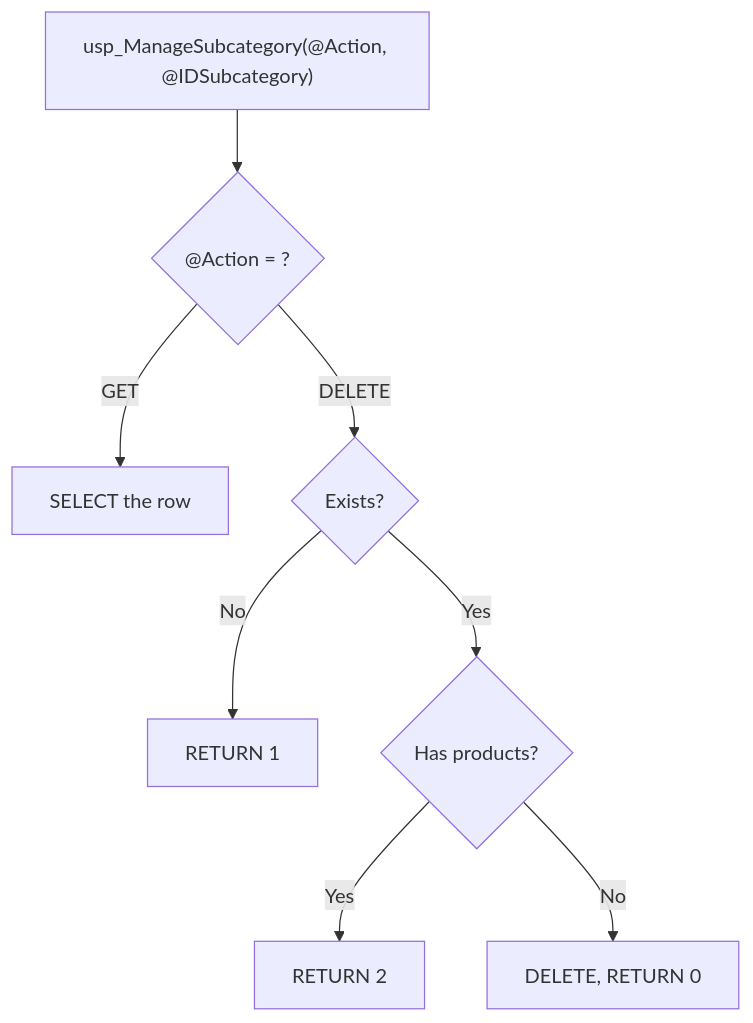
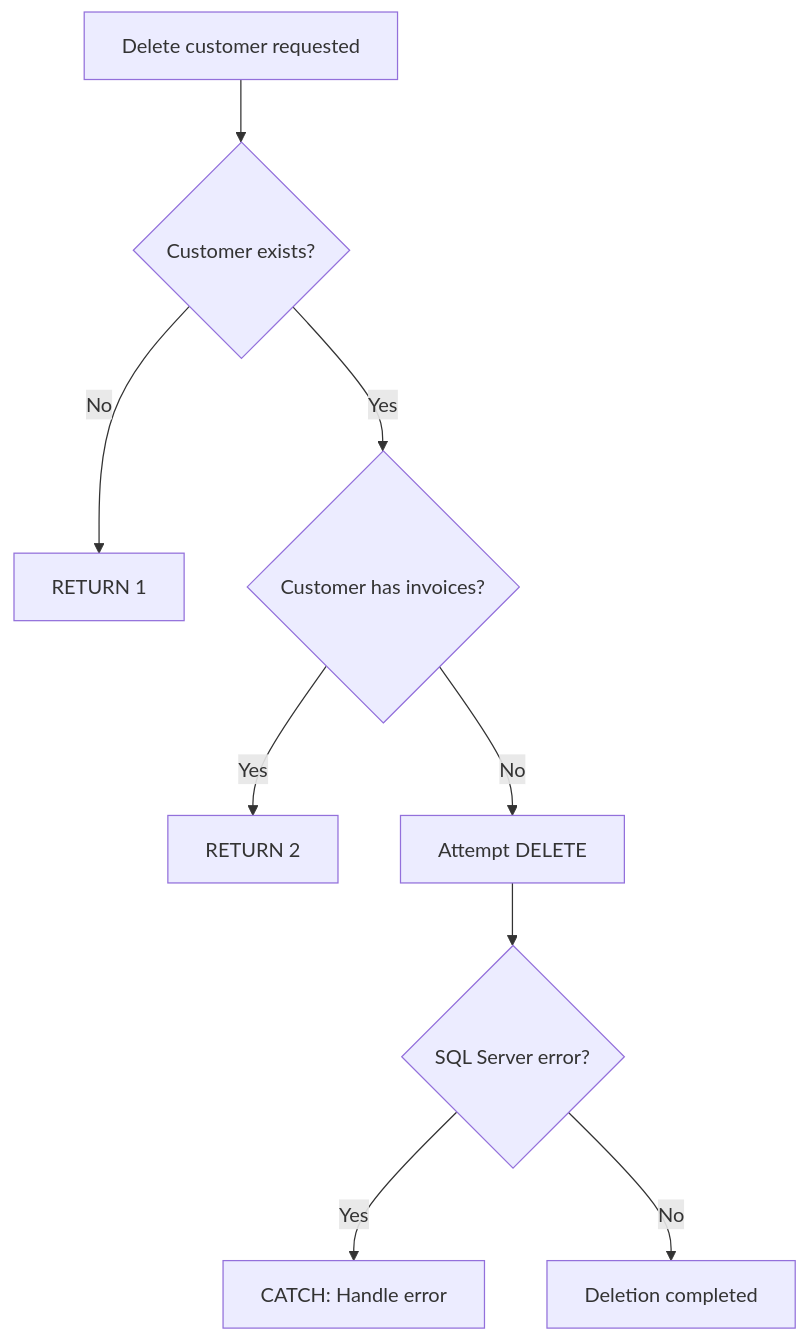
The fourth of 5 diagrams in labs/lab07-crud-operations.md (tjovic/database-design-labs-public), drawn with Mermaid before and after one commit. The commit also changed other lines of this file, not shown here.

````diff
--- a/labs/lab07-crud-operations.md
+++ b/labs/lab07-crud-operations.md
@@ -833,10 +1906,11 @@
 ```mermaid
 flowchart TD
-    A["usp_ManageSubcategory(@Action, @IDSubcategory)"] --> B{"@Action = ?"}
-    B -- GET --> C[SELECT the row]
-    B -- DELETE --> D{Exists?}
-    D -- No --> E[RETURN 1]
-    D -- Yes --> F{Has products?}
-    F -- Yes --> G[RETURN 2]
-    F -- No --> H[DELETE, RETURN 0]
+    A["Delete customer requested"] --> B{"Customer exists?"}
+    B -- No --> C["RETURN 1"]
+    B -- Yes --> D{"Customer has invoices?"}
+    D -- Yes --> E["RETURN 2"]
+    D -- No --> F["Attempt DELETE"]
+    F --> G{"SQL Server error?"}
+    G -- Yes --> H["CATCH: Handle error"]
+    G -- No --> I["Deletion completed"]
 ```
````
